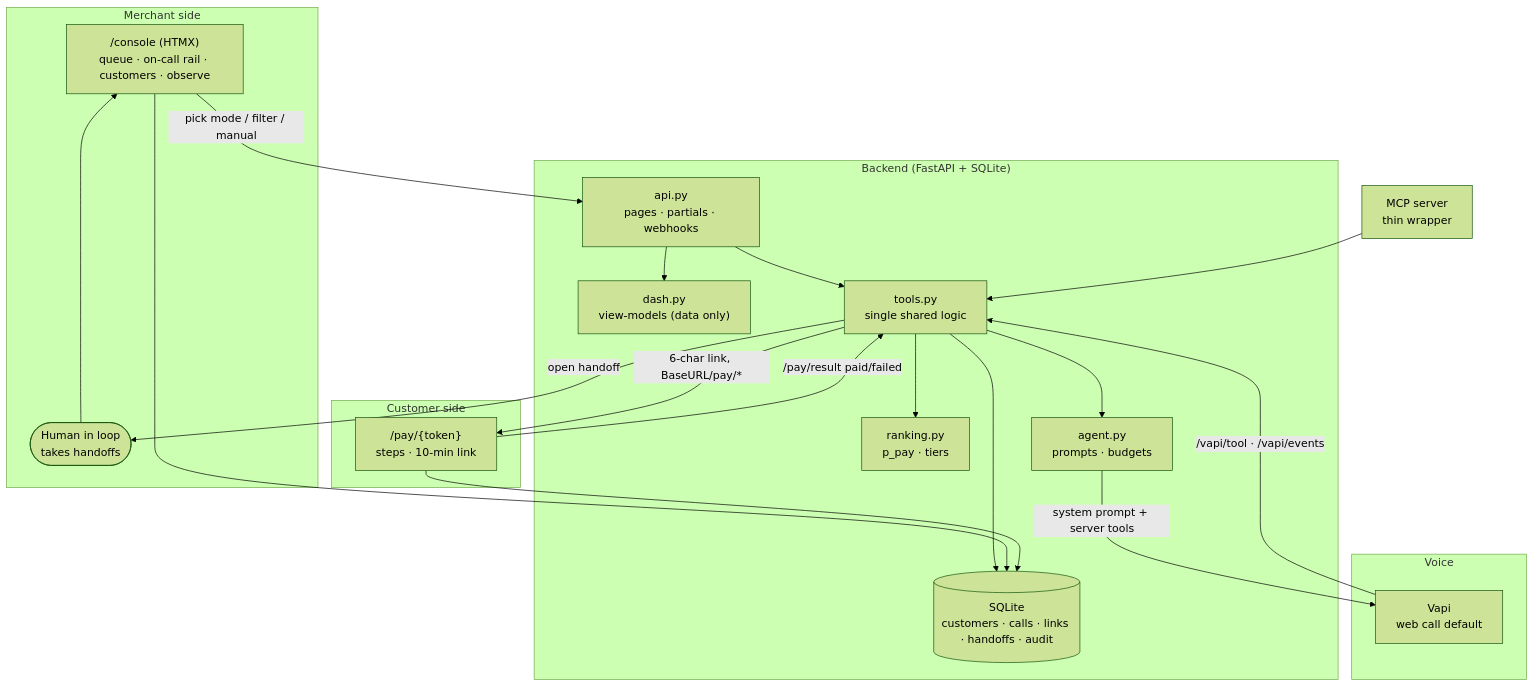
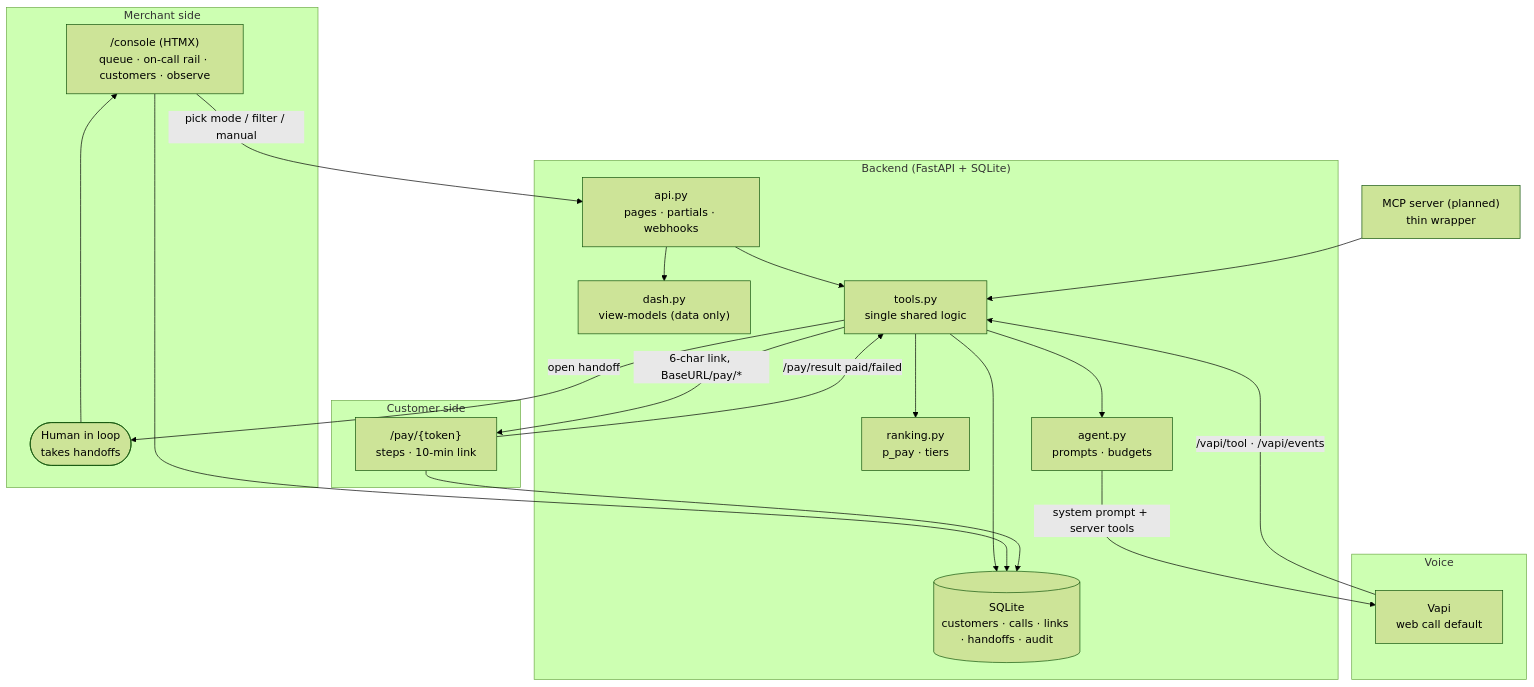
Before and after one commit to anjulbhatia/autopay_voice: the first of 2 diagrams in docs/architecture.md, drawn with Mermaid (forest theme). The commit also changed other lines of this file, not shown here.

````diff
--- a/docs/architecture.md
+++ b/docs/architecture.md
@@ -3,37 +3,37 @@
 ```mermaid
 flowchart TB
     subgraph merchant["Merchant side"]
         console["/console (HTMX)\nqueue · on-call rail · customers · observe"]
         human(["Human in loop\ntakes handoffs"])
     end
     subgraph backend["Backend (FastAPI + SQLite)"]
         api["api.py\npages · partials · webhooks"]
         dash["dash.py\nview-models (data only)"]
         tools["tools.py\nsingle shared logic"]
         rank["ranking.py\np_pay · tiers"]
         agentm["agent.py\nprompts · budgets"]
         db[("SQLite\ncustomers · calls · links · handoffs · audit")]
     end
     subgraph voice["Voice"]
         vapi["Vapi\nweb call default"]
     end
     subgraph customer["Customer side"]
         page["/pay/{token}\nsteps · 10-min link"]
     end
 
     console -->|"pick mode / filter / manual"| api
     api --> dash
     api --> tools
     tools --> rank
     tools --> agentm
     agentm -->|"system prompt + server tools"| vapi
     vapi -->|"/vapi/tool · /vapi/events"| tools
     tools --> db
     tools -->|"6-char link, BaseURL/pay/*"| page
     page -->|"/pay/result paid/failed"| tools
     tools -->|"open handoff"| human
     human --> console
-    mcp["MCP server\nthin wrapper"] --> tools
+    mcp["MCP server (planned)\nthin wrapper"] --> tools
     console --> db
     page --> db
 ```
````
